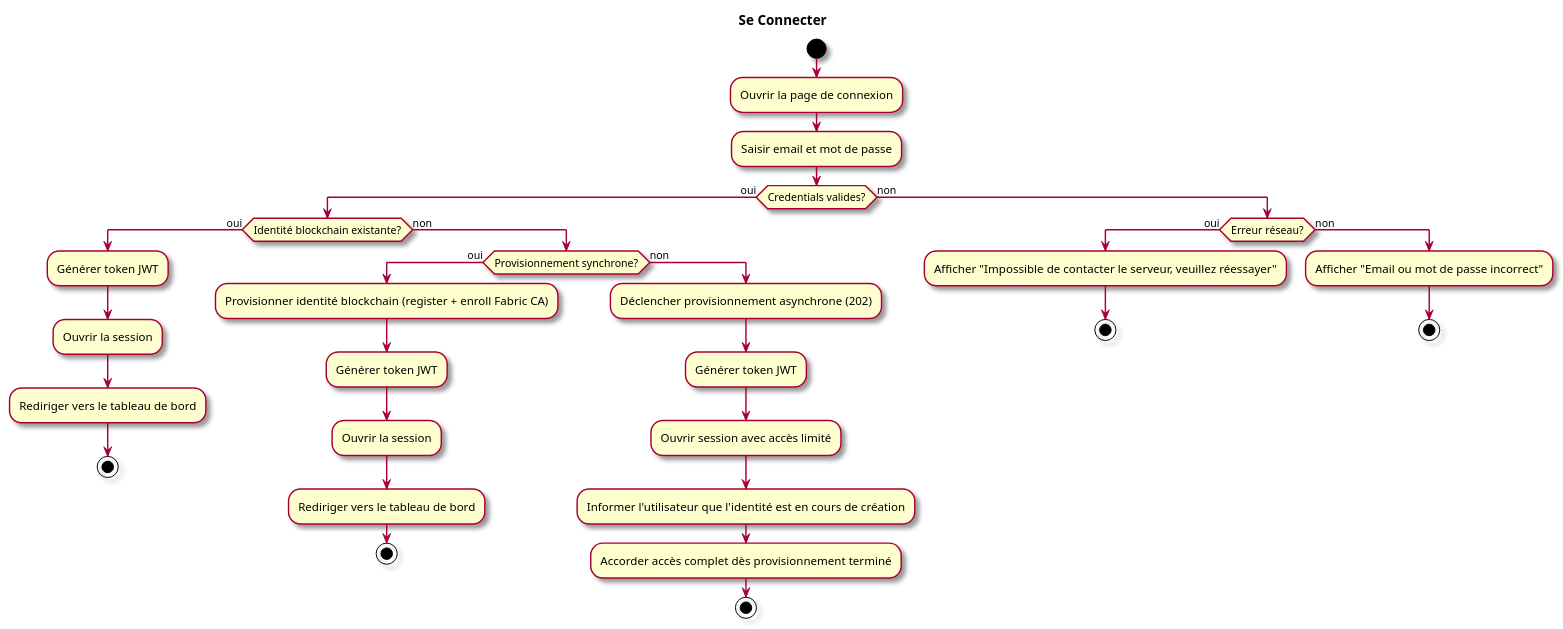
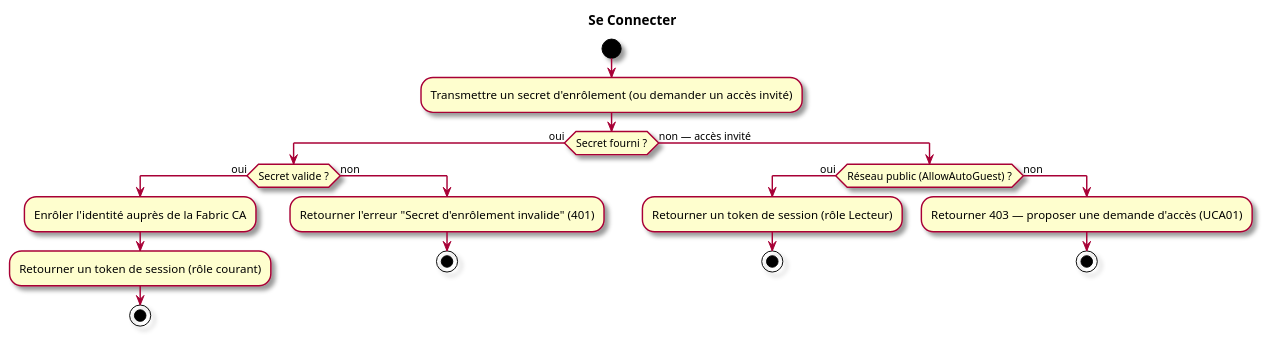
One commit to olivaux/myr changed the second of 2 diagrams in specs/1-Expression/UCA-Compte_et_Acces/UCA02.md. Above: the diagram before and after it, drawn with PlantUML. The commit also changed other lines of this file and 65 other files, not shown here.

````diff
--- a/specs/1-Expression/UCA-Compte_et_Acces/UCA02.md
+++ b/specs/1-Expression/UCA-Compte_et_Acces/UCA02.md
@@ -96,40 +92,26 @@
 ```plantuml
 @startuml
 skin rose
 title Se Connecter
 start
-:Ouvrir la page de connexion;
-:Saisir email et mot de passe;
-if (Credentials valides?) then (oui)
-  if (Identité blockchain existante?) then (oui)
-    :Générer token JWT;
-    :Ouvrir la session;
-    :Rediriger vers le tableau de bord;
+:Transmettre un secret d'enrôlement (ou demander un accès invité);
+if (Secret fourni ?) then (oui)
+  if (Secret valide ?) then (oui)
+    :Enrôler l'identité auprès de la Fabric CA;
+    :Retourner un token de session (rôle courant);
     stop
   else (non)
-    if (Provisionnement synchrone?) then (oui)
-      :Provisionner identité blockchain (register + enroll Fabric CA);
-      :Générer token JWT;
-      :Ouvrir la session;
-      :Rediriger vers le tableau de bord;
-      stop
-    else (non)
-      :Déclencher provisionnement asynchrone (202);
-      :Générer token JWT;
-      :Ouvrir session avec accès limité;
-      :Informer l'utilisateur que l'identité est en cours de création;
-      :Accorder accès complet dès provisionnement terminé;
-      stop
-    endif
+    :Retourner l'erreur "Secret d'enrôlement invalide" (401);
+    stop
   endif
-else (non)
-  if (Erreur réseau?) then (oui)
-    :Afficher "Impossible de contacter le serveur, veuillez réessayer";
+else (non — accès invité)
+  if (Réseau public (AllowAutoGuest) ?) then (oui)
+    :Retourner un token de session (rôle Lecteur);
     stop
   else (non)
-    :Afficher "Email ou mot de passe incorrect";
+    :Retourner 403 — proposer une demande d'accès (UCA01);
     stop
   endif
 endif
 @enduml
 ```
````
